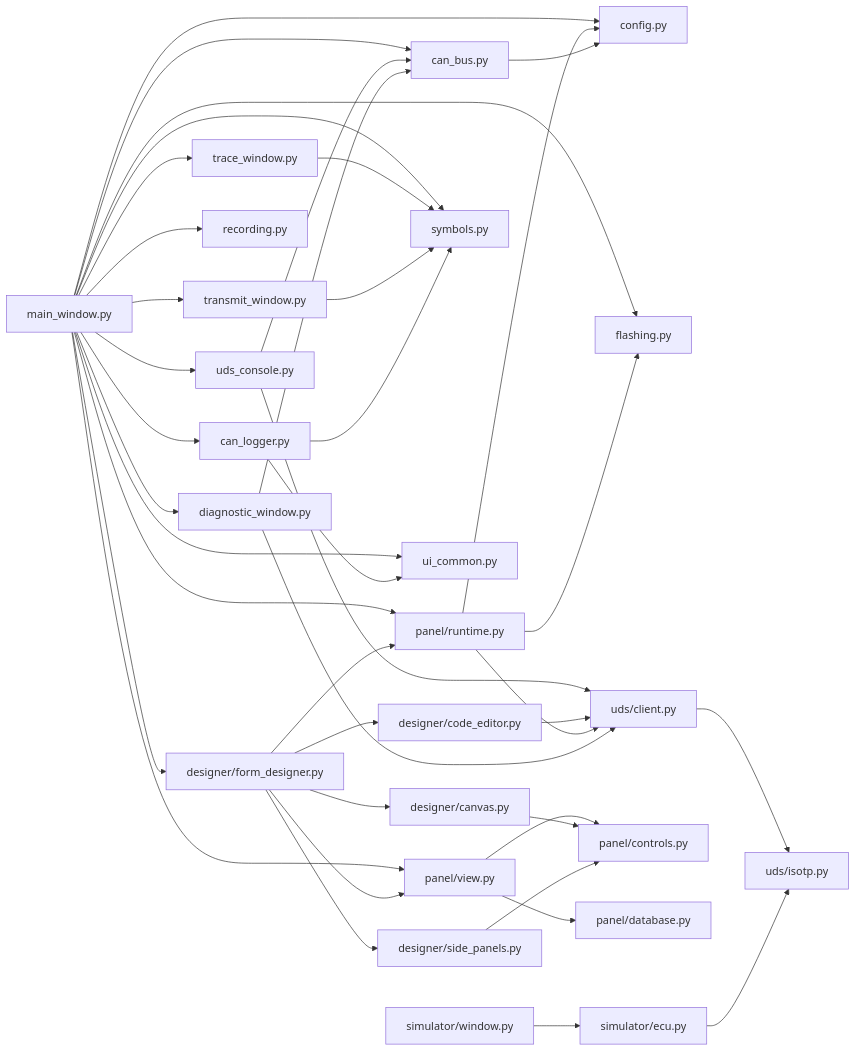
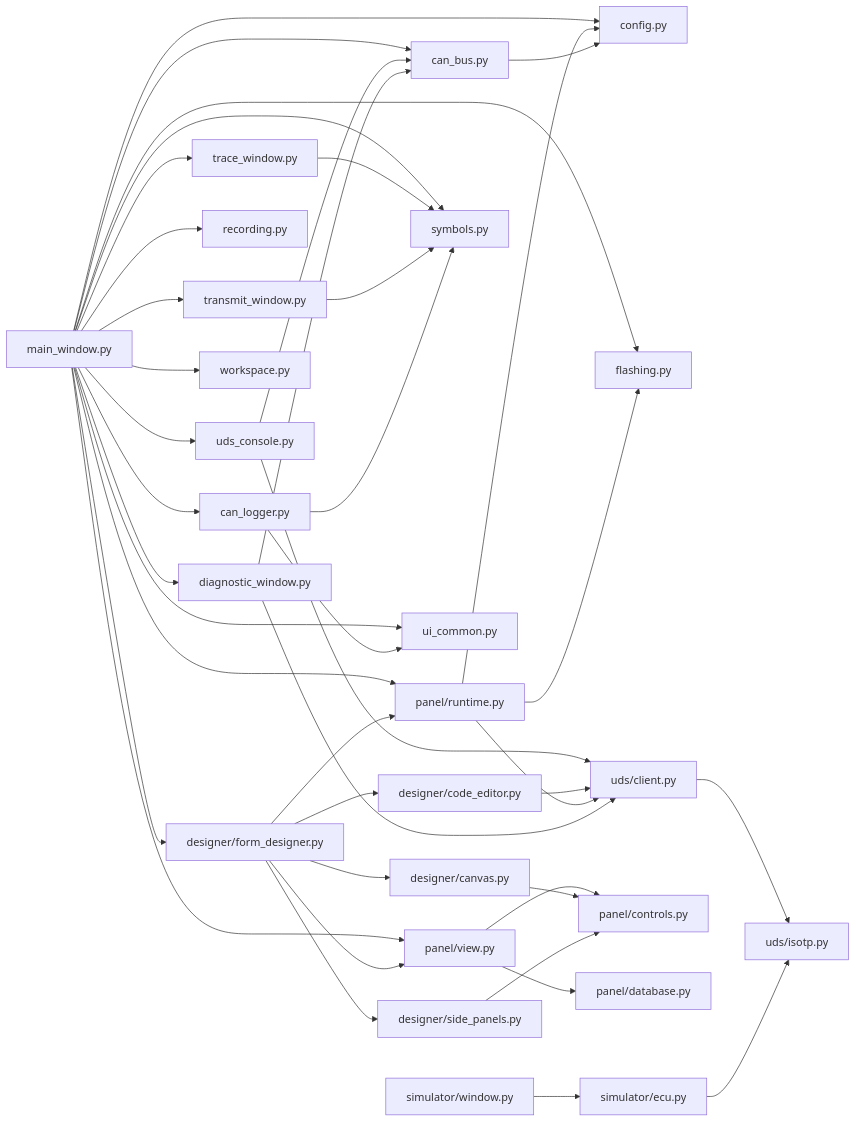
Before and after one commit to HyperFluxQc/CanExpert: the first of 4 diagrams in docs/DOCUMENTATION.md, drawn with Mermaid. The commit also changed other lines of this file and 10 other files, not shown here.

````diff
--- a/docs/DOCUMENTATION.md
+++ b/docs/DOCUMENTATION.md
@@ -23,43 +23,44 @@
 ```mermaid
 flowchart LR
     main["main_window.py"]
     main --> can_bus["can_bus.py"]
     main --> config["config.py"]
     main --> panel_view["panel/view.py"]
     main --> panel_runtime["panel/runtime.py"]
     main --> form_designer["designer/form_designer.py"]
     main --> can_logger["can_logger.py"]
     main --> trace["trace_window.py"]
     main --> transmit["transmit_window.py"]
     main --> console["uds_console.py"]
     main --> recording["recording.py"]
     main --> symbols["symbols.py"]
     main --> diagnostic_window["diagnostic_window.py"]
     main --> flashing["flashing.py"]
     main --> ui_common["ui_common.py"]
+    main --> workspace["workspace.py"]
     trace --> symbols
     transmit --> symbols
     can_logger --> symbols
     console --> uds_client
     console --> can_bus
     form_designer --> canvas["designer/canvas.py"]
     form_designer --> side_panels["designer/side_panels.py"]
     form_designer --> code_editor["designer/code_editor.py"]
     form_designer --> panel_runtime
     form_designer --> panel_view
     code_editor --> uds_client["uds/client.py"]
     panel_view --> panel_controls["panel/controls.py"]
     panel_view --> panel_database["panel/database.py"]
     canvas --> panel_controls
     side_panels --> panel_controls
     panel_runtime --> uds_client
     panel_runtime --> config
     panel_runtime --> flashing
     uds_client --> isotp["uds/isotp.py"]
     can_bus --> config
     diagnostic_window --> can_bus
     diagnostic_window --> uds_client
     can_logger --> ui_common
     simulator_ecu["simulator/ecu.py"] --> isotp
     simulator_window["simulator/window.py"] --> simulator_ecu
 ```
````
